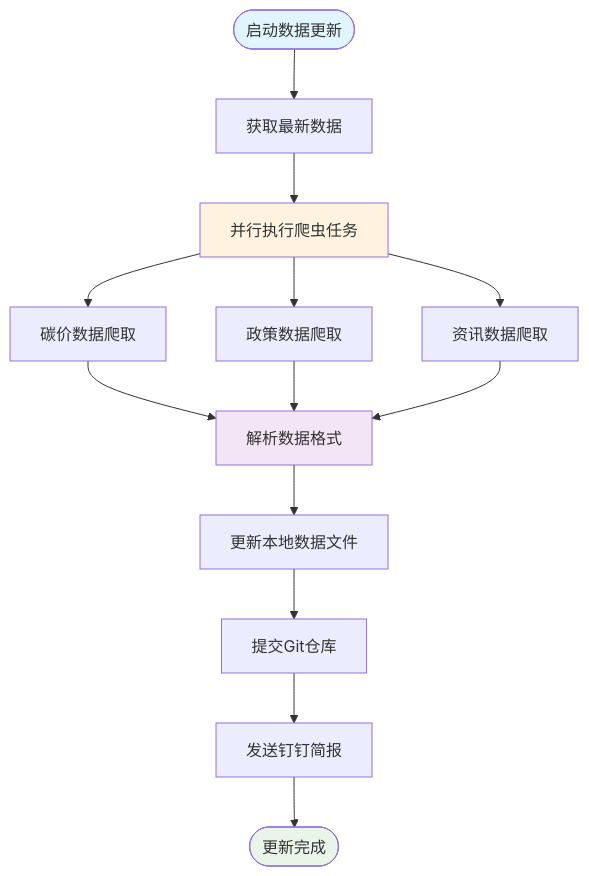
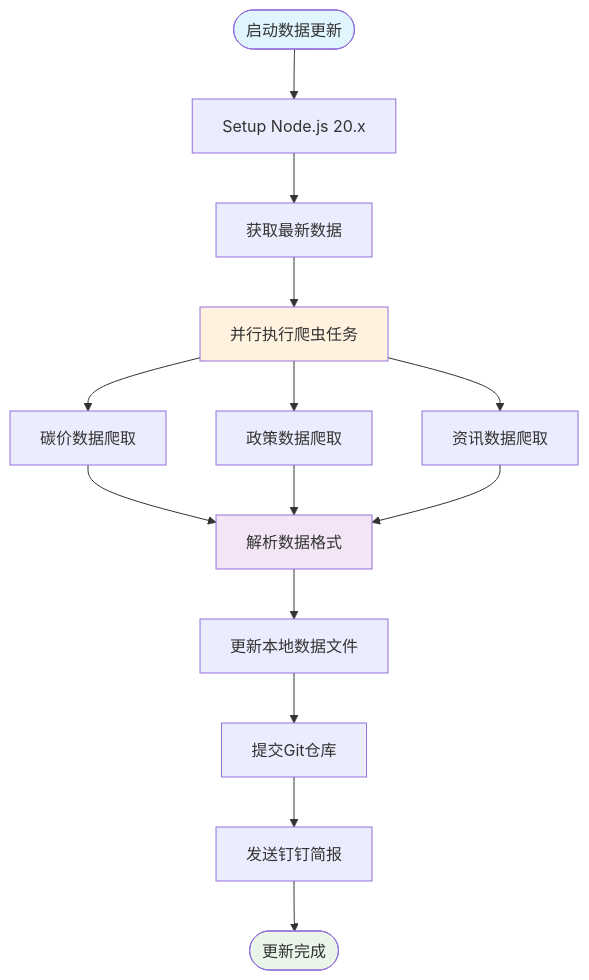
One commit to liangxuanliang-cmd/carbon-info-agent changed the fifth of 8 diagrams in .qoder/repowiki/zh/content/部署与维护/现代化部署配置.md. Above: the diagram before and after it, drawn with Mermaid. The commit also changed other lines of this file and 5 other files, not shown here.

````diff
--- a/.qoder/repowiki/zh/content/部署与维护/现代化部署配置.md
+++ b/.qoder/repowiki/zh/content/部署与维护/现代化部署配置.md
@@ -291,19 +259,20 @@
 ```mermaid
 flowchart TD
-Start([启动数据更新]) --> FetchData[获取最新数据]
+Start([启动数据更新]) --> SetupEnv[Setup Node.js 20.x]
+SetupEnv --> FetchData[获取最新数据]
 FetchData --> ParallelExec[并行执行爬虫任务]
 ParallelExec --> CarbonPrice[碳价数据爬取]
 ParallelExec --> Policy[政策数据爬取]
 ParallelExec --> News[资讯数据爬取]
 CarbonPrice --> ParseData[解析数据格式]
 Policy --> ParseData
 News --> ParseData
 ParseData --> UpdateFiles[更新本地数据文件]
 UpdateFiles --> CommitGit[提交Git仓库]
 CommitGit --> SendReport[发送钉钉简报]
 SendReport --> End([更新完成])
 style Start fill:#e1f5fe
 style End fill:#e8f5e8
 style ParallelExec fill:#fff3e0
 style ParseData fill:#f3e5f5
 ```
````
